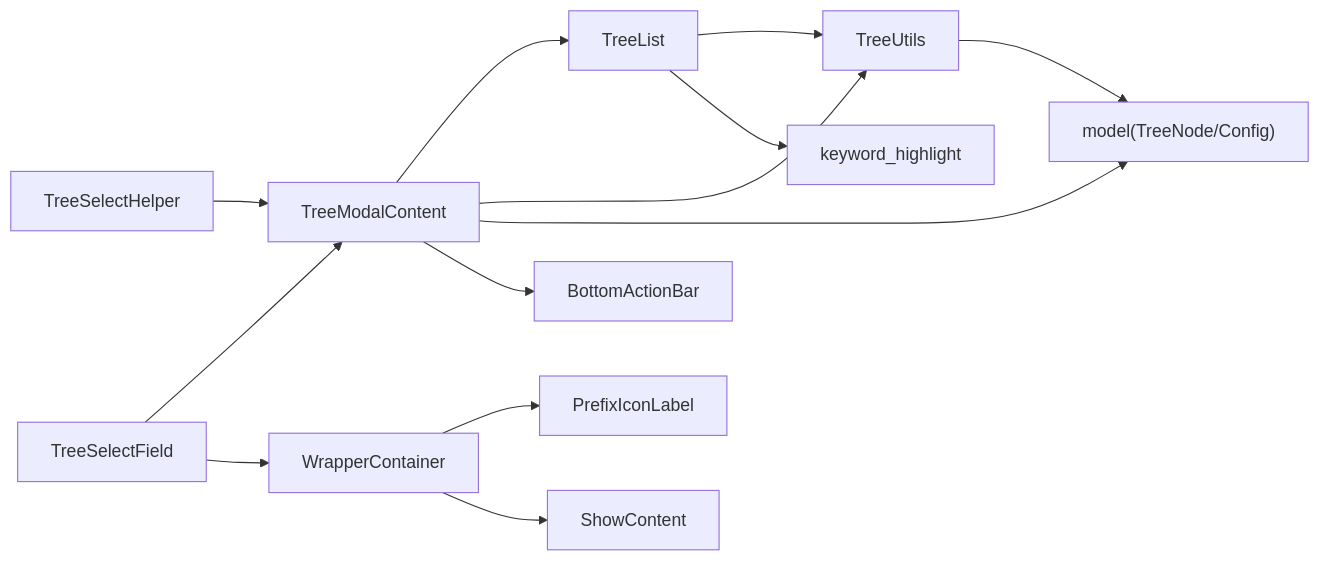
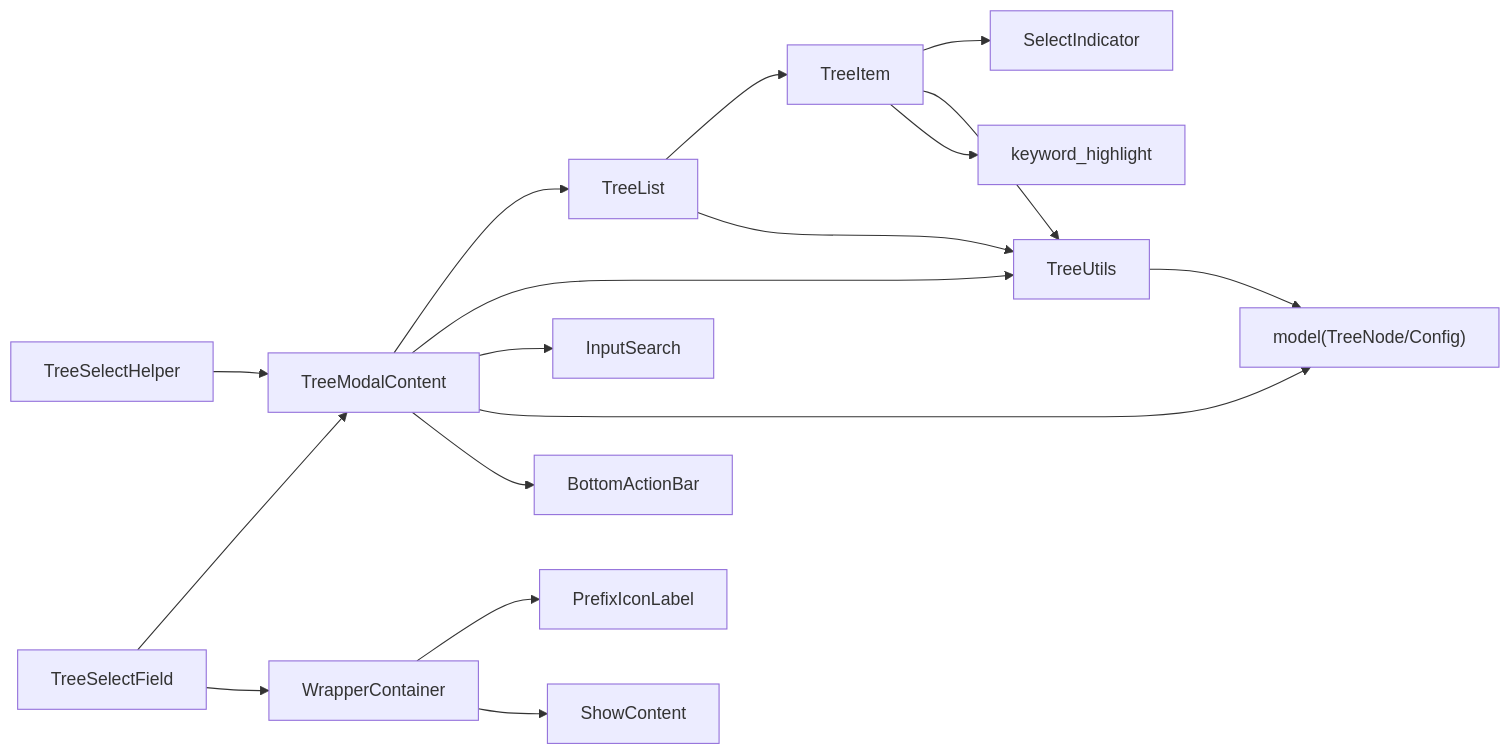
One commit to yuzhido/lite-ui changed the third of 3 diagrams in .qoder/repowiki/zh/content/API 参考/高级组件 API/TreeSelect 树形选择器 API.md. Above: the diagram before and after it, drawn with Mermaid. The commit also changed other lines of this file and 35 other files, not shown here.

````diff
--- a/.qoder/repowiki/zh/content/API 参考/高级组件 API/TreeSelect 树形选择器 API.md
+++ b/.qoder/repowiki/zh/content/API 参考/高级组件 API/TreeSelect 树形选择器 API.md
@@ -411,15 +557,19 @@
 ```mermaid
 graph LR
 Helper["TreeSelectHelper"] --> Modal["TreeModalContent"]
 Field["TreeSelectField"] --> Modal
 Modal --> List["TreeList"]
 Modal --> Utils["TreeUtils"]
+Modal --> Search["InputSearch"]
+List --> Item["TreeItem"]
 List --> Utils
+Item --> Indicator["SelectIndicator"]
+Item --> Utils
 Modal --> Model["model(TreeNode/Config)"]
-List --> Highlight["keyword_highlight"]
+Item --> Highlight["keyword_highlight"]
 Utils --> Model
 Modal --> BottomBar["BottomActionBar"]
 Field --> Wrapper["WrapperContainer"]
 Wrapper --> PrefixLabel["PrefixIconLabel"]
 Wrapper --> ShowContent["ShowContent"]
 ```
````
